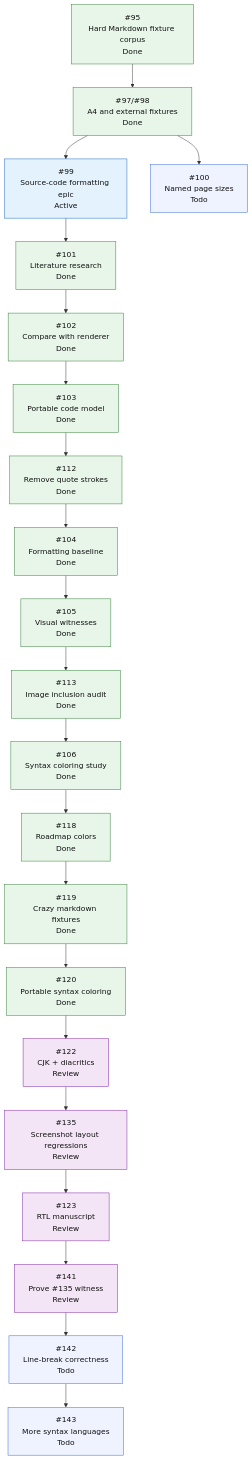
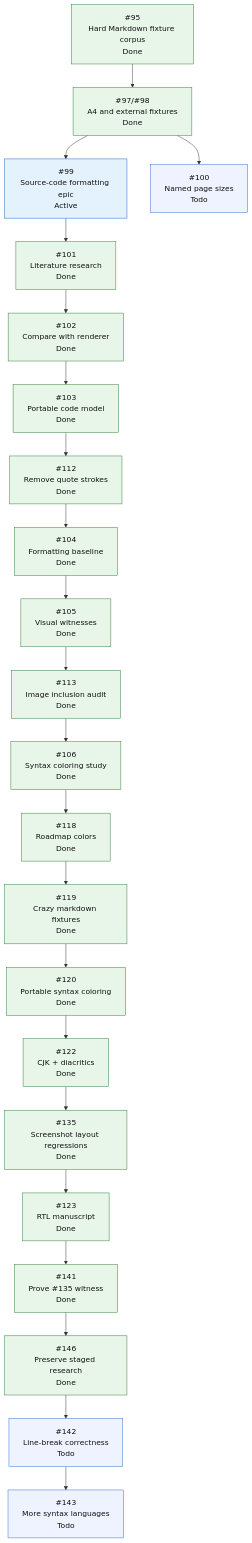
Before and after one commit to mihaelamj/MarkdownPDF: the fifth of 5 diagrams in README.md, drawn with Mermaid. The commit also changed other lines of this file and 18 other files, not shown here.

First line of the commit message:
docs(research): preserve staged research handoff

````diff
--- a/README.md
+++ b/README.md
@@ -453,40 +456,41 @@
 ```mermaid
 flowchart TD
     H0["#95<br/>Hard Markdown fixture corpus<br/>Done"]
     H1["#97/#98<br/>A4 and external fixtures<br/>Done"]
     H2["#99<br/>Source-code formatting epic<br/>Active"]
     H2A["#101<br/>Literature research<br/>Done"]
     H2B["#102<br/>Compare with renderer<br/>Done"]
     H2C["#103<br/>Portable code model<br/>Done"]
     H2D["#112<br/>Remove quote strokes<br/>Done"]
     H2E["#104<br/>Formatting baseline<br/>Done"]
     H2F["#105<br/>Visual witnesses<br/>Done"]
     H2G["#113<br/>Image inclusion audit<br/>Done"]
     H2H["#106<br/>Syntax coloring study<br/>Done"]
     H2I["#118<br/>Roadmap colors<br/>Done"]
     H2J["#119<br/>Crazy markdown fixtures<br/>Done"]
     H2K["#120<br/>Portable syntax coloring<br/>Done"]
-    H2L["#122<br/>CJK + diacritics<br/>Review"]
-    H2M["#135<br/>Screenshot layout regressions<br/>Review"]
-    H2N["#123<br/>RTL manuscript<br/>Review"]
-    H2O["#141<br/>Prove #135 witness<br/>Review"]
+    H2L["#122<br/>CJK + diacritics<br/>Done"]
+    H2M["#135<br/>Screenshot layout regressions<br/>Done"]
+    H2N["#123<br/>RTL manuscript<br/>Done"]
+    H2O["#141<br/>Prove #135 witness<br/>Done"]
+    H2R["#146<br/>Preserve staged research<br/>Done"]
     H2P["#142<br/>Line-break correctness<br/>Todo"]
     H2Q["#143<br/>More syntax languages<br/>Todo"]
     H3["#100<br/>Named page sizes<br/>Todo"]
 
     H0 --> H1
     H1 --> H2
-    H2 --> H2A --> H2B --> H2C --> H2D --> H2E --> H2F --> H2G --> H2H --> H2I --> H2J --> H2K --> H2L --> H2M --> H2N --> H2O --> H2P --> H2Q
+    H2 --> H2A --> H2B --> H2C --> H2D --> H2E --> H2F --> H2G --> H2H --> H2I --> H2J --> H2K --> H2L --> H2M --> H2N --> H2O --> H2R --> H2P --> H2Q
     H1 --> H3
 
     classDef done fill:#e8f5e9,stroke:#2e7d32,color:#111;
     classDef active fill:#e3f2fd,stroke:#1565c0,color:#111;
     classDef review fill:#f3e5f5,stroke:#7b1fa2,color:#111;
     classDef next fill:#fff8e1,stroke:#f9a825,color:#111;
     classDef todo fill:#eef3ff,stroke:#3367d6,color:#111;
     class H0,H1 done;
     class H2 active;
-    class H2A,H2B,H2C,H2D,H2E,H2F,H2G,H2H,H2I,H2J,H2K done;
-    class H2L,H2M,H2N,H2O review;
+    class H2A,H2B,H2C,H2D,H2E,H2F,H2G,H2H,H2I,H2J,H2K,H2L,H2M,H2N,H2O done;
+    class H2R done;
     class H2P,H2Q,H3 todo;
 ```
````
